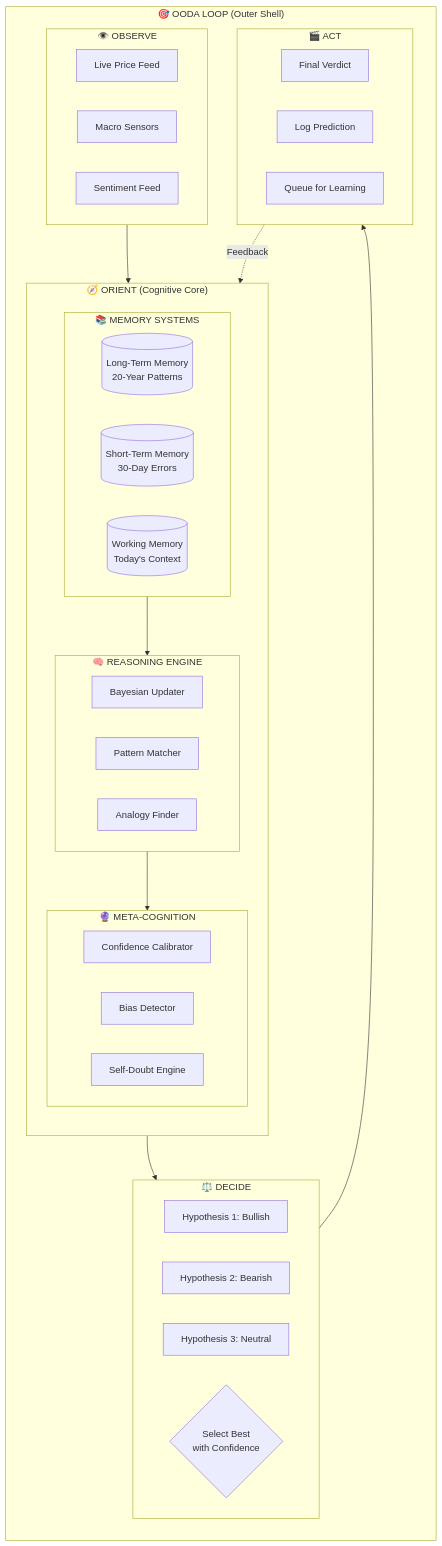
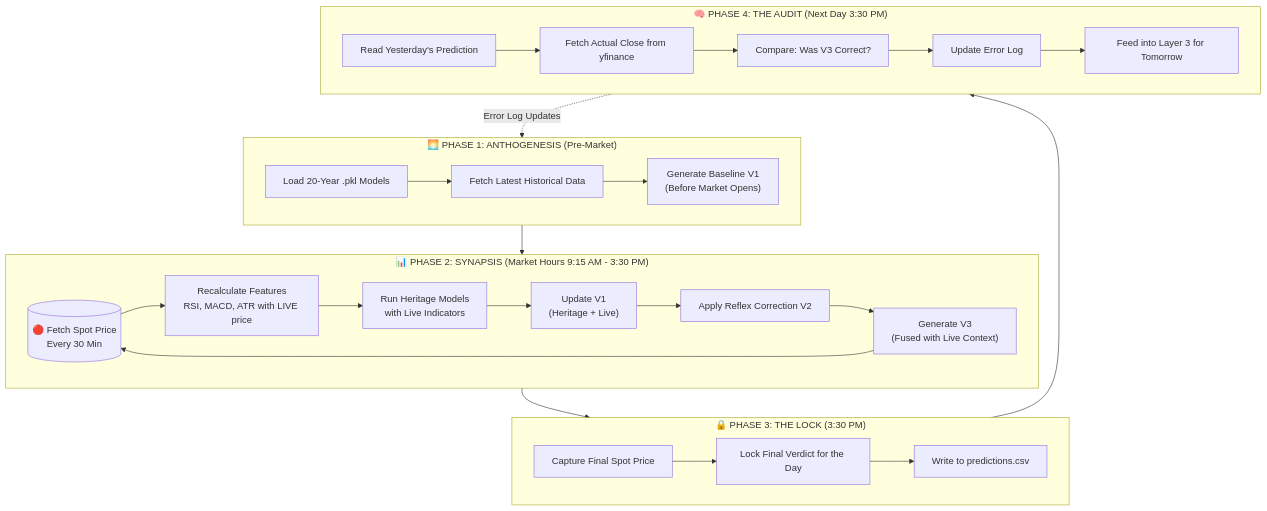
Before and after one commit to pravindev666/Tradyx-Aleph: the third of 3 diagrams in README.md, drawn with Mermaid. The commit also changed other lines of this file, not shown here.

````diff
--- a/README.md
+++ b/README.md
@@ -96,55 +97,33 @@
 ```mermaid
-flowchart TB
-    subgraph OODA["🎯 OODA LOOP (Outer Shell)"]
-        direction TB
-        
-        subgraph OBSERVE["👁️ OBSERVE"]
-            O1[Live Price Feed]
-            O2[Macro Sensors]
-            O3[Sentiment Feed]
-        end
-        
-        subgraph ORIENT["🧭 ORIENT (Cognitive Core)"]
-            direction TB
-            
-            subgraph MEMORY["📚 MEMORY SYSTEMS"]
-                LTM[("Long-Term Memory<br/>20-Year Patterns")]
-                STM[("Short-Term Memory<br/>30-Day Errors")]
-                WM[("Working Memory<br/>Today's Context")]
-            end
-            
-            subgraph REASONING["🧠 REASONING ENGINE"]
-                BAYES[Bayesian Updater]
-                PATTERN[Pattern Matcher]
-                ANALOGY[Analogy Finder]
-            end
-            
-            subgraph META["🔮 META-COGNITION"]
-                CONFIDENCE[Confidence Calibrator]
-                BIAS[Bias Detector]
-                DOUBT[Self-Doubt Engine]
-            end
-            
-            MEMORY --> REASONING
-            REASONING --> META
-        end
-        
-        subgraph DECIDE["⚖️ DECIDE"]
-            V1[Hypothesis 1: Bullish]
-            V2[Hypothesis 2: Bearish]
-            V3[Hypothesis 3: Neutral]
-            WINNER{Select Best<br/>with Confidence}
-        end
-        
-        subgraph ACT["🎬 ACT"]
-            VERDICT[Final Verdict]
-            LOG[Log Prediction]
-            LEARN[Queue for Learning]
-        end
-        
-        OBSERVE --> ORIENT
-        ORIENT --> DECIDE
-        DECIDE --> ACT
-        ACT -.->|Feedback| ORIENT
+graph TD
+    subgraph MORNING["🌅 PHASE 1: ANTHOGENESIS (Pre-Market)"]
+        A1[Load 20-Year .pkl Models] --> A2[Fetch Latest Historical Data]
+        A2 --> A3["Generate Baseline V1<br/>(Before Market Opens)"]
     end
+
+    subgraph MARKET["📊 PHASE 2: SYNAPSIS (Market Hours 9:15 AM - 3:30 PM)"]
+        B1[("🔴 Fetch Spot Price<br/>Every 30 Min")] --> B2[Recalculate Features<br/>RSI, MACD, ATR with LIVE price]
+        B2 --> B3[Run Heritage Models<br/>with Live Indicators]
+        B3 --> B4["Update V1<br/>(Heritage + Live)"]
+        B4 --> B5[Apply Reflex Correction V2]
+        B5 --> B6["Generate V3<br/>(Fused with Live Context)"]
+        B6 --> B1
+    end
+
+    subgraph CLOSE["🔒 PHASE 3: THE LOCK (3:30 PM)"]
+        C1[Capture Final Spot Price] --> C2[Lock Final Verdict for the Day]
+        C2 --> C3[Write to predictions.csv]
+    end
+
+    subgraph AUDIT["🧠 PHASE 4: THE AUDIT (Next Day 3:30 PM)"]
+        D1[Read Yesterday's Prediction] --> D2[Fetch Actual Close from yfinance]
+        D2 --> D3[Compare: Was V3 Correct?]
+        D3 --> D4[Update Error Log]
+        D4 --> D5[Feed into Layer 3 for Tomorrow]
+    end
+
+    MORNING --> MARKET
+    MARKET --> CLOSE
+    CLOSE --> AUDIT
+    AUDIT -.->|"Error Log Updates"| MORNING
 ```
````
